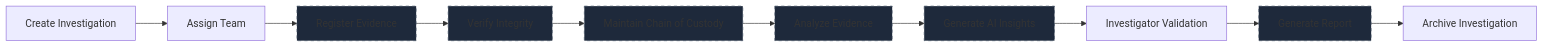
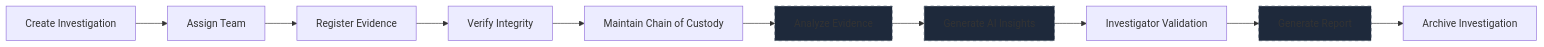
One commit to shikhar-sahay/provena changed the second of 2 diagrams in docs/architecture.md. Above: the diagram before and after it, drawn with Mermaid. The commit also changed other lines of this file and 5 other files, not shown here.

Commit message:
docs: document Provena evidence and AI architecture

````diff
--- a/docs/architecture.md
+++ b/docs/architecture.md
@@ -114,18 +141,15 @@
 ```mermaid
 flowchart LR
     A[Create Investigation] --> B[Assign Team]
     B --> C[Register Evidence]
     C --> D[Verify Integrity]
     D --> E[Maintain Chain of Custody]
     E --> F[Analyze Evidence]
     F --> G[Generate AI Insights]
     G --> H[Investigator Validation]
     H --> I[Generate Report]
     I --> J[Archive Investigation]
-    style C fill:#1e293b,stroke:#475569,stroke-dasharray: 5 5
-    style D fill:#1e293b,stroke:#475569,stroke-dasharray: 5 5
-    style E fill:#1e293b,stroke:#475569,stroke-dasharray: 5 5
     style F fill:#1e293b,stroke:#475569,stroke-dasharray: 5 5
     style G fill:#1e293b,stroke:#475569,stroke-dasharray: 5 5
     style I fill:#1e293b,stroke:#475569,stroke-dasharray: 5 5
 ```
````
